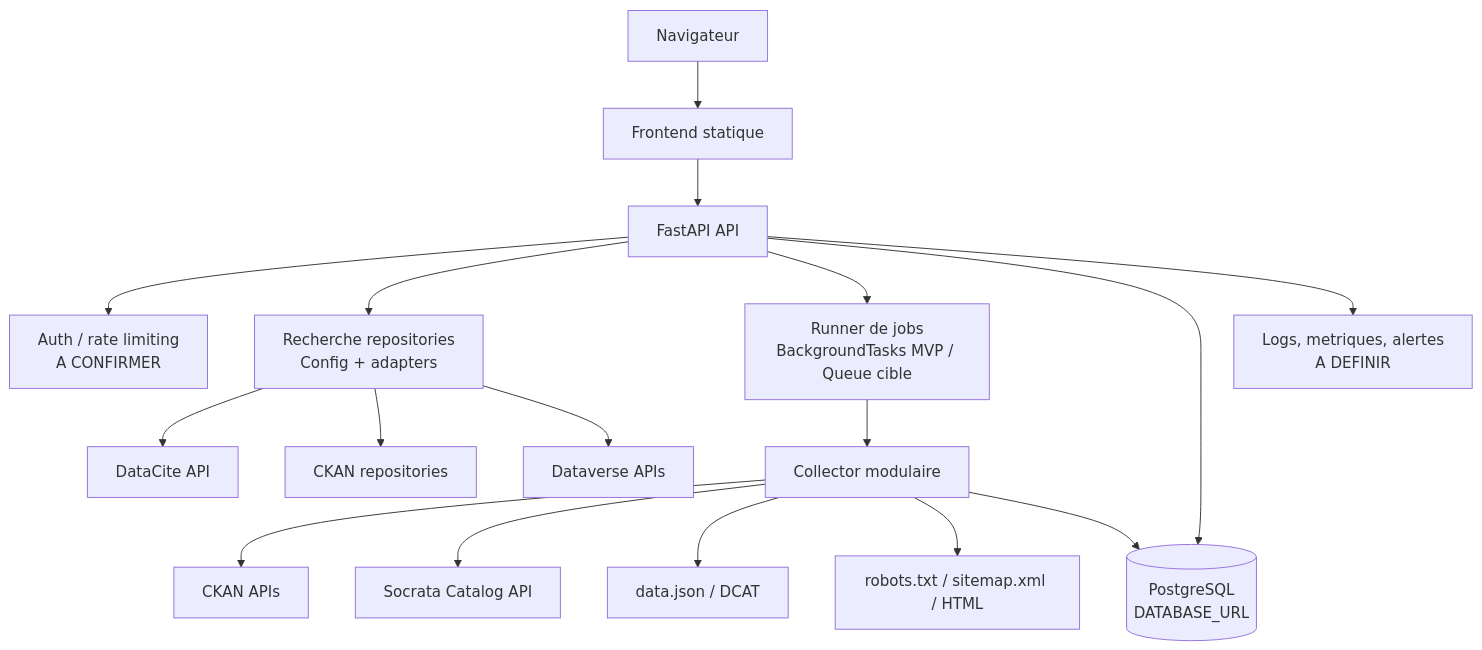
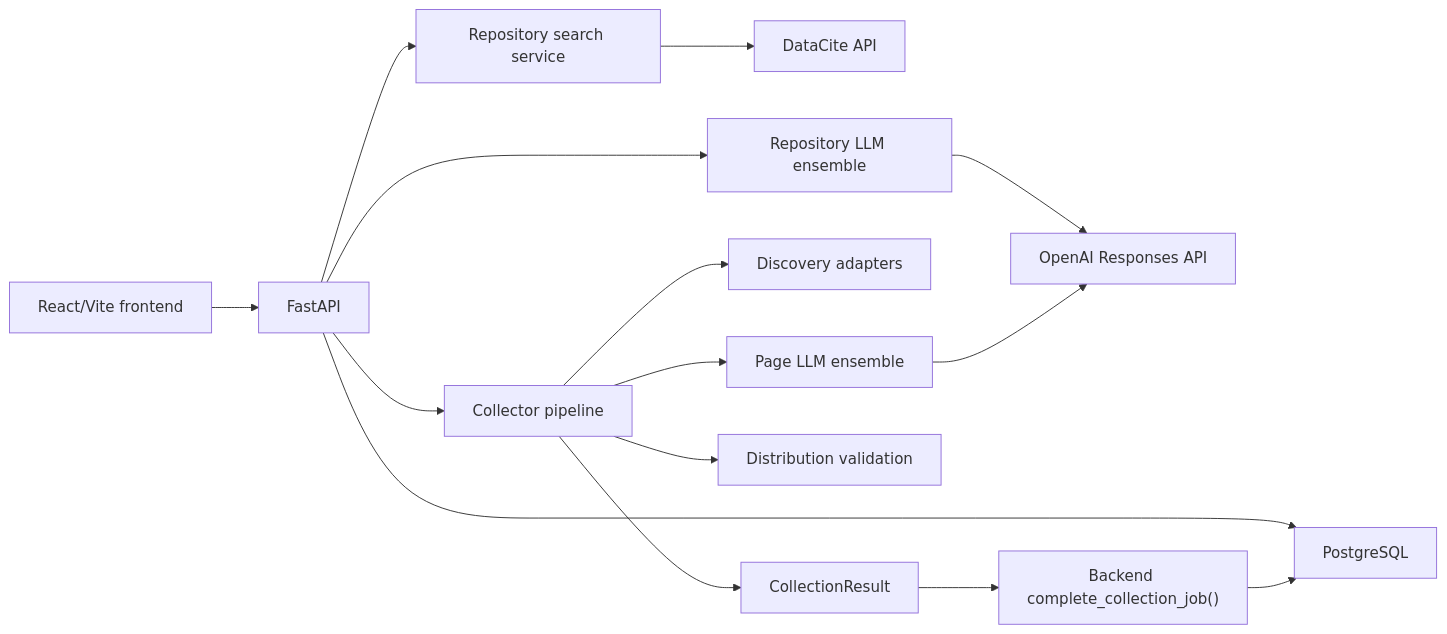
Before and after one commit to nicolasberlin/global-health-dataset-catalog: the first of 3 diagrams in docs/technical-design-document.md, drawn with Mermaid. The commit also changed other lines of this file and 30 other files, not shown here.

Commit message:
Update collector security and architecture docs

````diff
--- a/docs/technical-design-document.md
+++ b/docs/technical-design-document.md
@@ -285,19 +33,17 @@
 ```mermaid
-flowchart TB
-    Browser["Navigateur"] --> Web["Frontend statique"]
-    Web --> Api["FastAPI API"]
-    Api --> Auth["Auth / rate limiting\nA CONFIRMER"]
-    Api --> RepoSearch["Recherche repositories\nConfig + adapters"]
-    Api --> JobRunner["Runner de jobs\nBackgroundTasks MVP / Queue cible"]
-    Api --> Store[("PostgreSQL\nDATABASE_URL")]
-    RepoSearch --> DataCite["DataCite API"]
-    RepoSearch --> RepoCKAN["CKAN repositories"]
-    RepoSearch --> Dataverse["Dataverse APIs"]
-    JobRunner --> Collector["Collector modulaire"]
-    Collector --> CKAN["CKAN APIs"]
-    Collector --> Socrata["Socrata Catalog API"]
-    Collector --> DataJson["data.json / DCAT"]
-    Collector --> Sitemap["robots.txt / sitemap.xml / HTML"]
-    Collector --> Store
-    Api --> Logs["Logs, metriques, alertes\nA DEFINIR"]
+flowchart LR
+    Browser["React/Vite frontend"] --> API["FastAPI"]
+    API --> Search["Repository search service"]
+    Search --> DataCite["DataCite API"]
+    API --> Collector["Collector pipeline"]
+    API --> RepoLLM["Repository LLM ensemble"]
+    Collector --> Discovery["Discovery adapters"]
+    Collector --> PageLLM["Page LLM ensemble"]
+    Collector --> Validation["Distribution validation"]
+    RepoLLM --> OpenAI["OpenAI Responses API"]
+    PageLLM --> OpenAI
+    Collector --> Result["CollectionResult"]
+    Result --> Completion["Backend complete_collection_job()"]
+    API --> DB["PostgreSQL"]
+    Completion --> DB
 ```
````
